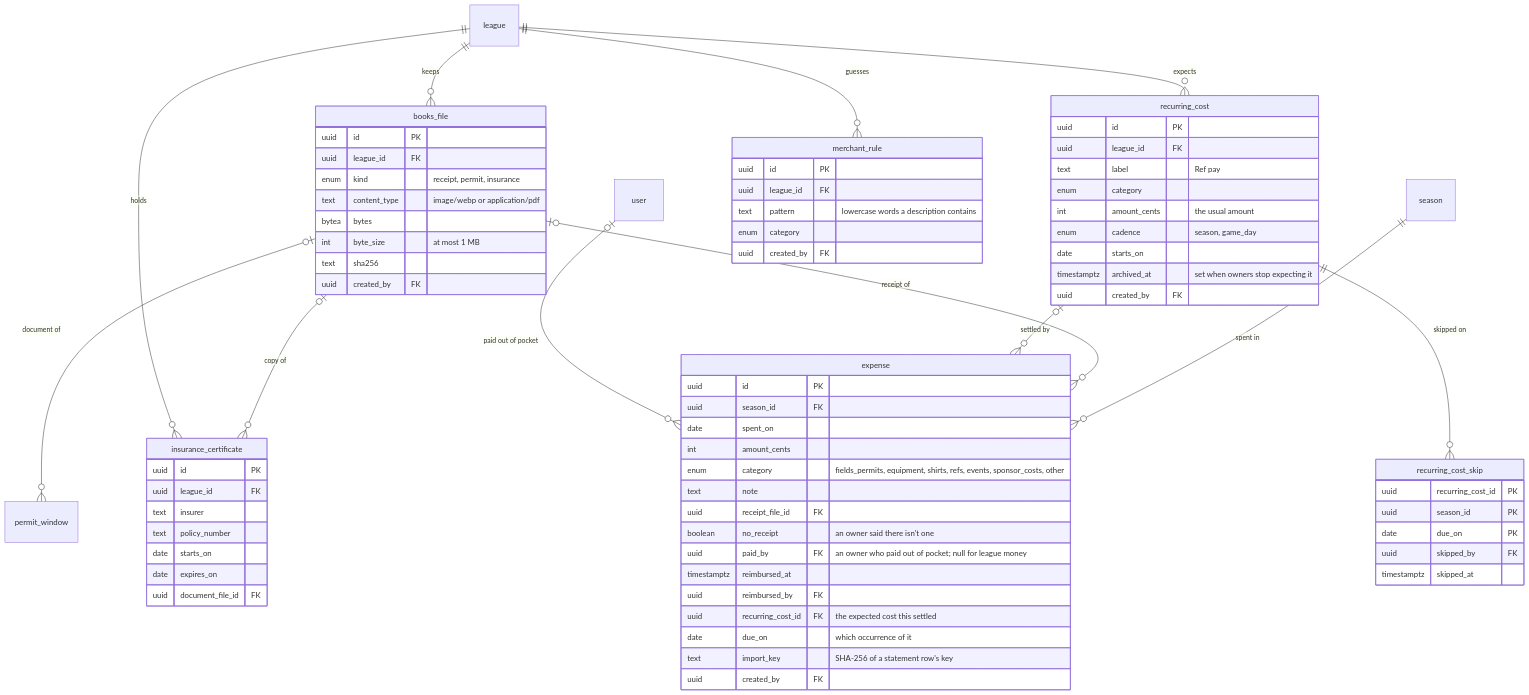
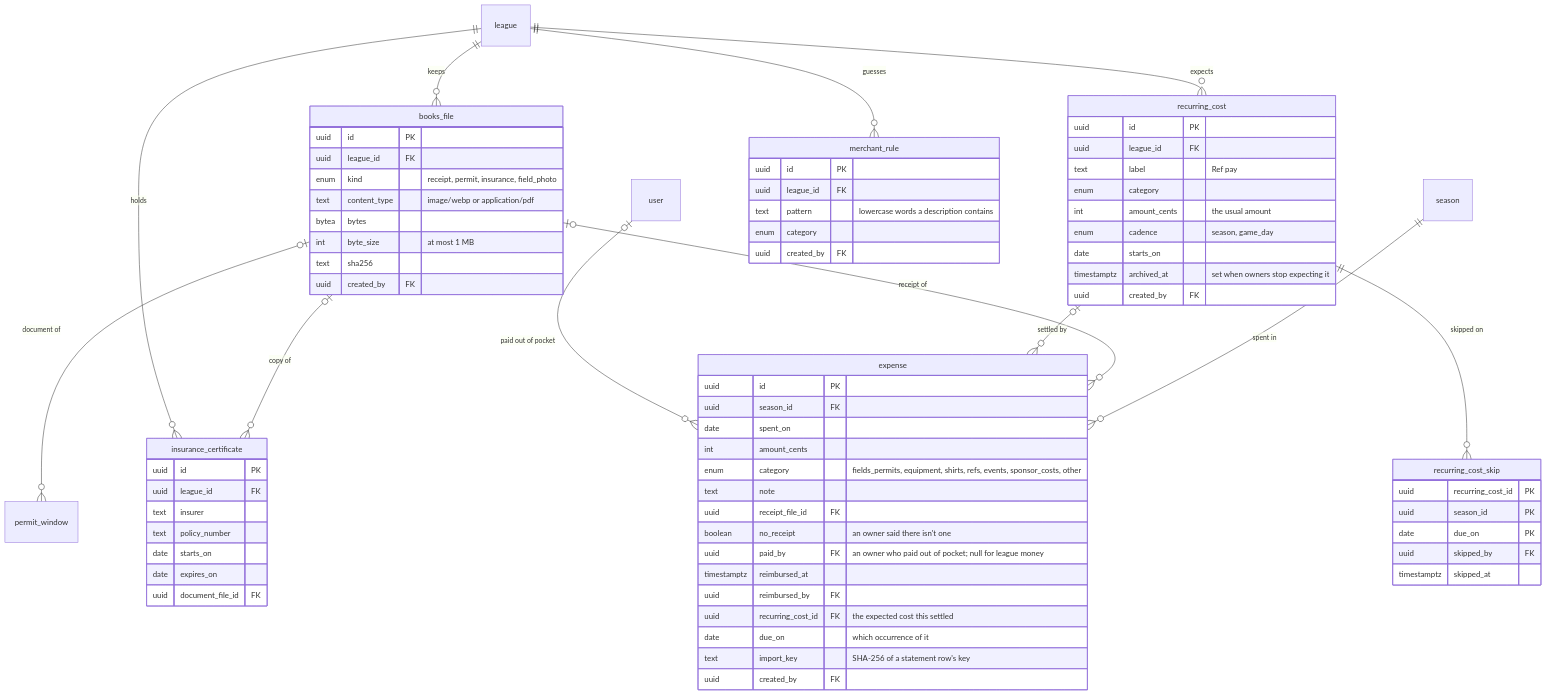
One commit to michael-fesselmeyer/kickball-league changed the ninth of 13 diagrams in docs/data-model.md. Above: the diagram before and after it, drawn with Mermaid. The commit also changed other lines of this file and 4 other files, not shown here.

````diff
--- a/docs/data-model.md
+++ b/docs/data-model.md
@@ -1662,76 +1699,76 @@
 ```mermaid
 erDiagram
   league ||--o{ books_file : keeps
   season ||--o{ expense : "spent in"
   books_file |o--o{ expense : "receipt of"
   books_file |o--o{ permit_window : "document of"
   books_file |o--o{ insurance_certificate : "copy of"
   league ||--o{ insurance_certificate : holds
   league ||--o{ recurring_cost : expects
   recurring_cost |o--o{ expense : "settled by"
   recurring_cost ||--o{ recurring_cost_skip : "skipped on"
   league ||--o{ merchant_rule : guesses
   user |o--o{ expense : "paid out of pocket"
 
   books_file {
     uuid id PK
     uuid league_id FK
-    enum kind "receipt, permit, insurance"
+    enum kind "receipt, permit, insurance, field_photo"
     text content_type "image/webp or application/pdf"
     bytea bytes
     int byte_size "at most 1 MB"
     text sha256
     uuid created_by FK
   }
   expense {
     uuid id PK
     uuid season_id FK
     date spent_on
     int amount_cents
     enum category "fields_permits, equipment, shirts, refs, events, sponsor_costs, other"
     text note
     uuid receipt_file_id FK
     boolean no_receipt "an owner said there isn't one"
     uuid paid_by FK "an owner who paid out of pocket; null for league money"
     timestamptz reimbursed_at
     uuid reimbursed_by FK
     uuid recurring_cost_id FK "the expected cost this settled"
     date due_on "which occurrence of it"
     text import_key "SHA-256 of a statement row's key"
     uuid created_by FK
   }
   recurring_cost {
     uuid id PK
     uuid league_id FK
     text label "Ref pay"
     enum category
     int amount_cents "the usual amount"
     enum cadence "season, game_day"
     date starts_on
     timestamptz archived_at "set when owners stop expecting it"
     uuid created_by FK
   }
   recurring_cost_skip {
     uuid recurring_cost_id PK
     uuid season_id PK
     date due_on PK
     uuid skipped_by FK
     timestamptz skipped_at
   }
   merchant_rule {
     uuid id PK
     uuid league_id FK
     text pattern "lowercase words a description contains"
     enum category
     uuid created_by FK
   }
   insurance_certificate {
     uuid id PK
     uuid league_id FK
     text insurer
     text policy_number
     date starts_on
     date expires_on
     uuid document_file_id FK
   }
 ```
````
